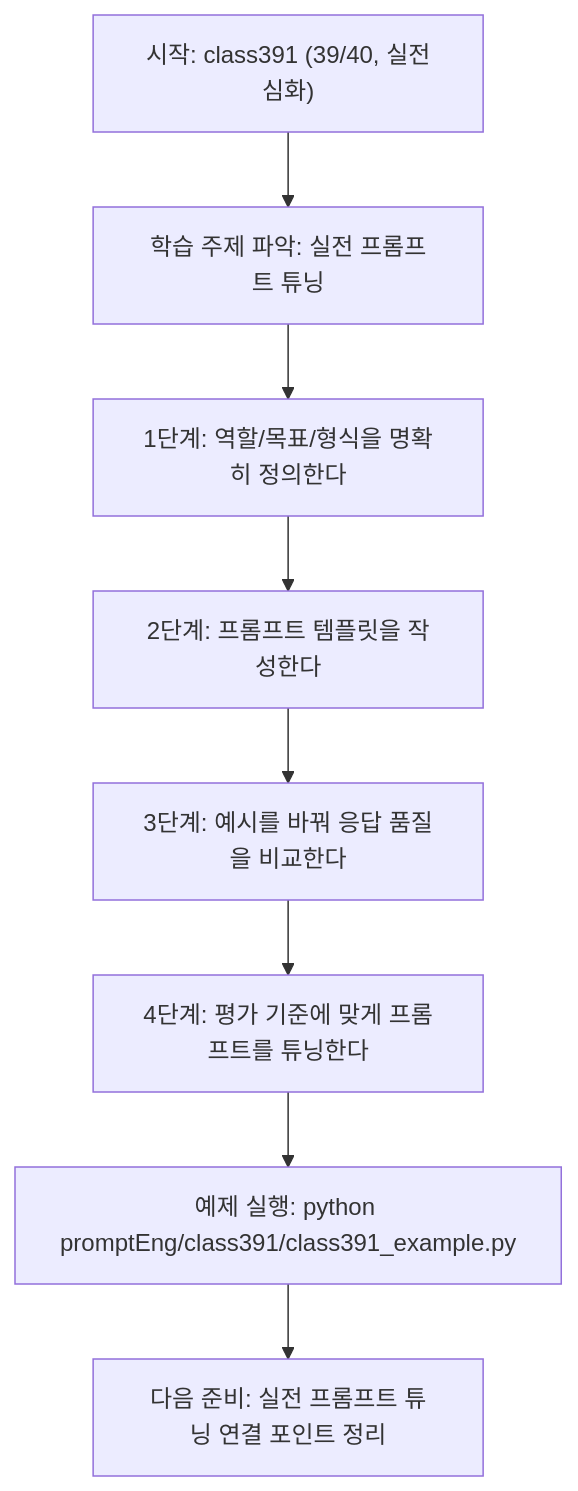
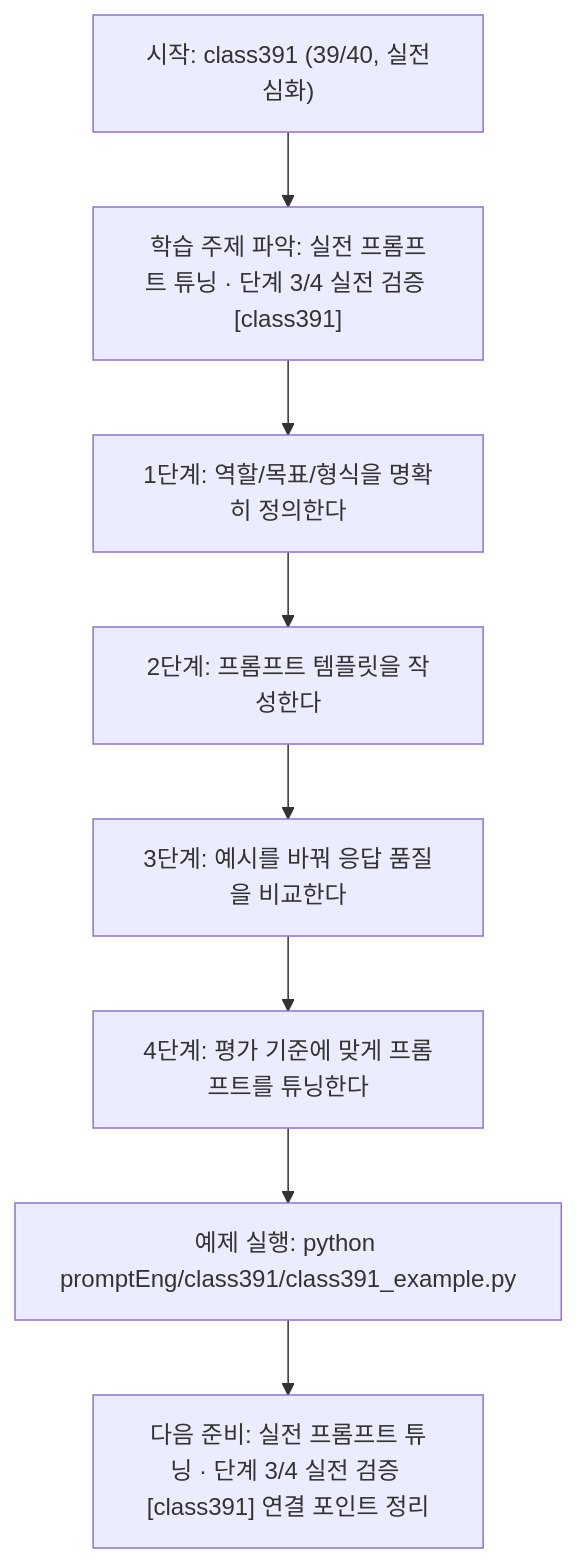
The diagram in promptEng/class391/class391.md (edumgt/Python-AI_Agent-Class), drawn with Mermaid before and after one commit. The commit also changed other lines of this file and 522 other files, not shown here.

````diff
--- a/promptEng/class391/class391.md
+++ b/promptEng/class391/class391.md
@@ -109,18 +110,18 @@
 ```mermaid
 flowchart TD
 N1["시작: class391 (39/40, 실전심화)"]
-N2["학습 주제 파악: 실전 프롬프트 튜닝"]
+N2["학습 주제 파악: 실전 프롬프트 튜닝 · 단계 3/4 실전 검증 [class391]"]
 N3["1단계: 역할/목표/형식을 명확히 정의한다"]
 N4["2단계: 프롬프트 템플릿을 작성한다"]
 N5["3단계: 예시를 바꿔 응답 품질을 비교한다"]
 N6["4단계: 평가 기준에 맞게 프롬프트를 튜닝한다"]
 N7["예제 실행: python promptEng/class391/class391_example.py"]
-N8["다음 준비: 실전 프롬프트 튜닝 연결 포인트 정리"]
+N8["다음 준비: 실전 프롬프트 튜닝 · 단계 3/4 실전 검증 [class391] 연결 포인트 정리"]
 N1 --> N2
 N2 --> N3
 N3 --> N4
 N4 --> N5
 N5 --> N6
 N6 --> N7
 N7 --> N8
 ```
````
